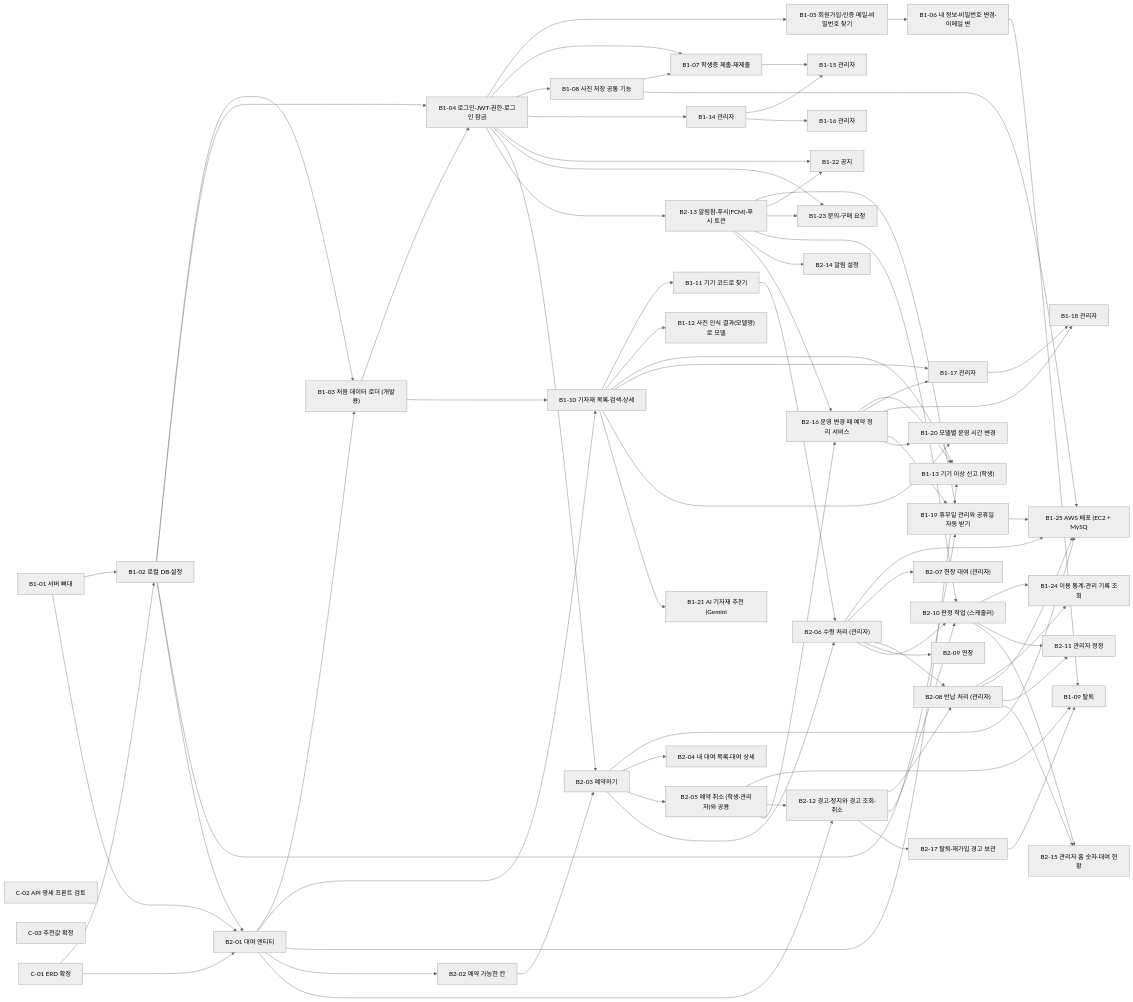
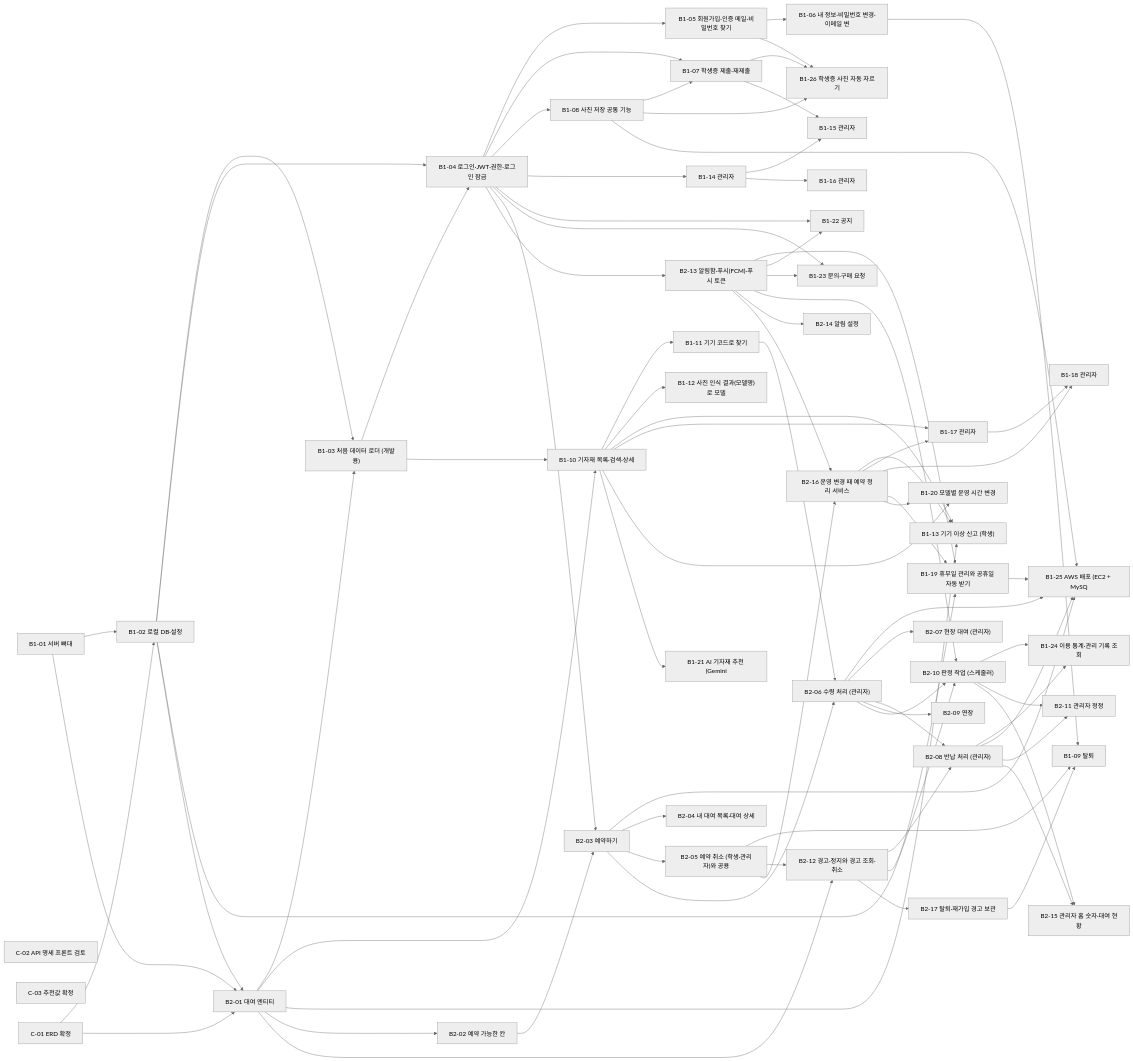
Before and after one commit to Hansung-SmartRent/SmartRent-Server: the diagram in docs/issues/README.md, drawn with Mermaid (neutral theme). The commit also changed other lines of this file and 23 other files, not shown here.

First line of the commit message:
docs: ERD·추천값 확정, MySQL 9.7, 학생증 제출 방식 변경 (#43 #45 #46)

```diff
--- a/docs/issues/README.md
+++ b/docs/issues/README.md
@@ -67,6 +68,7 @@
   B1_23["B1-23 문의·구매 요청"]
   B1_24["B1-24 이용 통계·관리 기록 조회"]
   B1_25["B1-25 AWS 배포 (EC2 + MySQ"]
+  B1_26["B1-26 학생증 사진 자동 자르기"]
   B2_01["B2-01 대여 엔티티"]
   B2_02["B2-02 예약 가능한 칸"]
   B2_03["B2-03 예약하기"]
@@ -94,6 +96,9 @@
   B1_05 --> B1_06
   B1_04 --> B1_07
   B1_08 --> B1_07
+  B1_05 --> B1_26
+  B1_07 --> B1_26
+  B1_08 --> B1_26
   B1_04 --> B1_08
   B1_06 --> B1_09
   B2_05 --> B1_09
```
